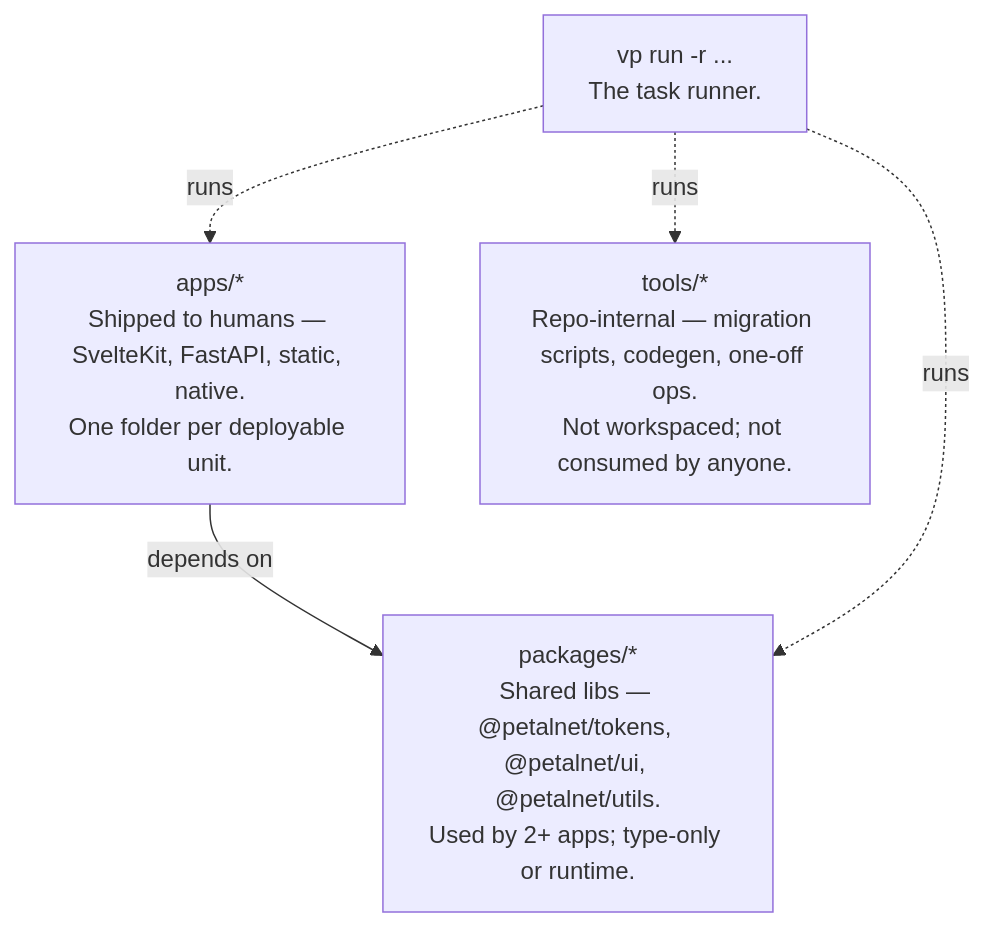
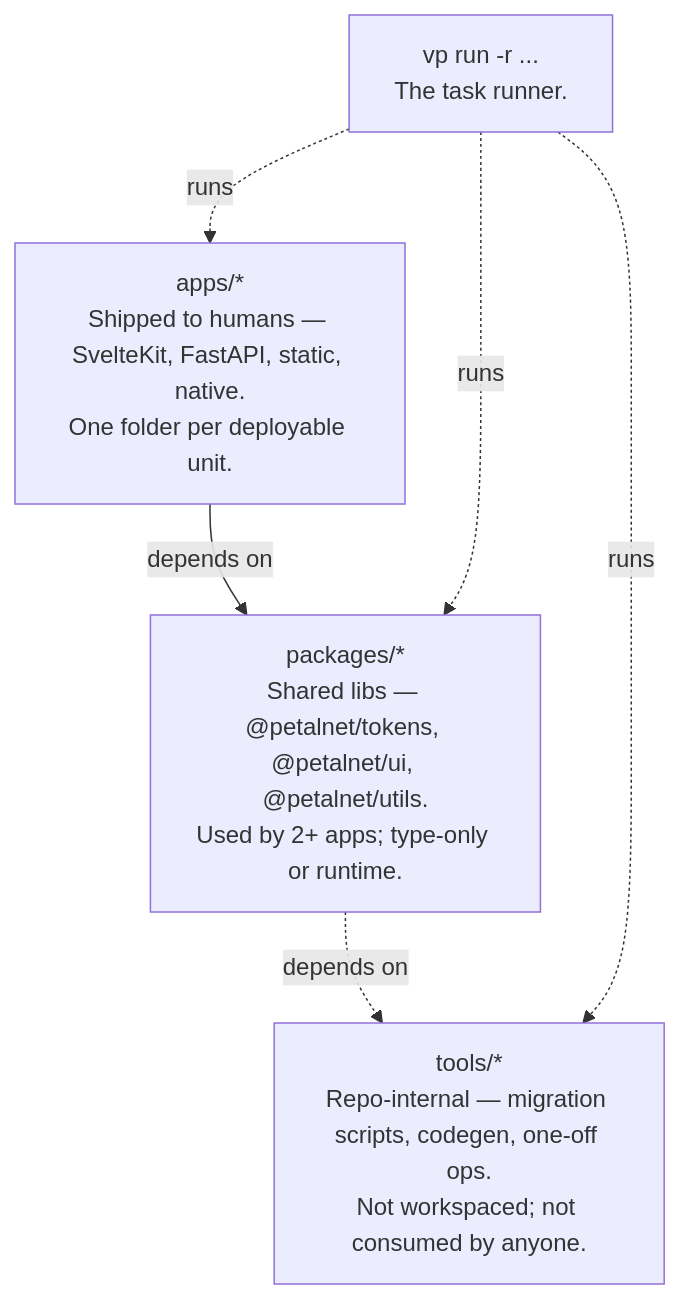
One commit to PetalNet/monorepo changed the first of 4 diagrams in docs/ARCHITECTURE.md. Above: the diagram before and after it, drawn with Mermaid. The commit also changed 5 other files, not shown here.

````diff
--- a/docs/ARCHITECTURE.md
+++ b/docs/ARCHITECTURE.md
@@ -7,12 +7,13 @@
 ```mermaid
 flowchart TD
     apps["apps/*<br/>Shipped to humans — SvelteKit, FastAPI, static, native.<br/>One folder per deployable unit."]
     packages["packages/*<br/>Shared libs — @petalnet/tokens, @petalnet/ui, @petalnet/utils.<br/>Used by 2+ apps; type-only or runtime."]
     tools["tools/*<br/>Repo-internal — migration scripts, codegen, one-off ops.<br/>Not workspaced; not consumed by anyone."]
     runner["vp run -r ...<br/>The task runner."]
 
     apps -->|depends on| packages
     runner -.->|runs| apps
     runner -.->|runs| packages
+    packages -.->|depends on| tools
     runner -.->|runs| tools
 ```
````
